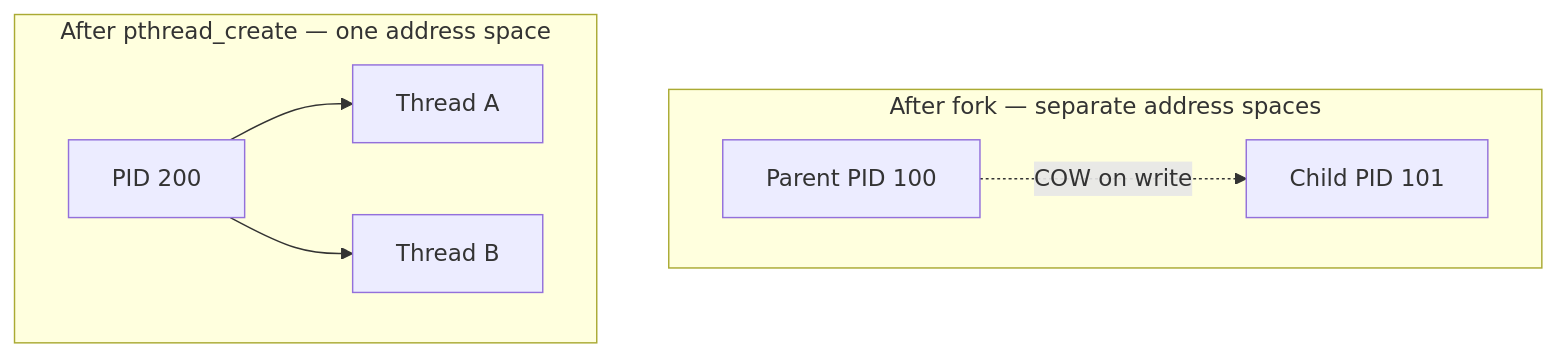
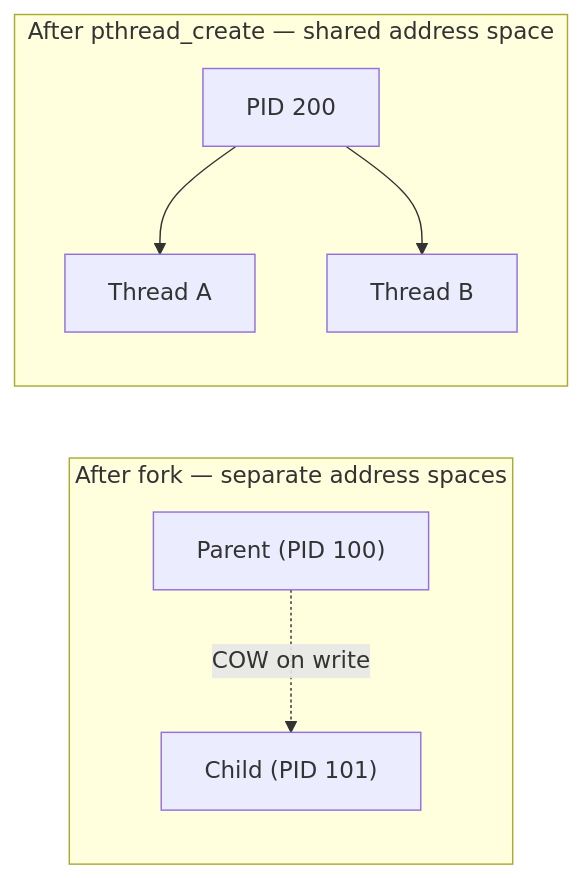
One commit to Harshnath628/MD2PDF changed the fifth of 6 diagrams in Misc/OS_Practical_4_Process_and_Thread_Management.md. Above: the diagram before and after it, drawn with Mermaid. The commit also changed other lines of this file and 8070 other files, not shown here.

Commit message:
Stable_version_after_mermaid

````diff
--- a/Misc/OS_Practical_4_Process_and_Thread_Management.md
+++ b/Misc/OS_Practical_4_Process_and_Thread_Management.md
@@ -303,13 +237,15 @@
 ```mermaid
-flowchart TB
-    subgraph fork_model[After fork — separate address spaces]
-        P[Parent PID 100]
-        C[Child PID 101]
-        P -.->|COW on write| C
+flowchart LR
+    subgraph fork_model["After fork — separate address spaces"]
+        parentNode["Parent (PID 100)"]
+        childNode["Child (PID 101)"]
+        parentNode -.->|"COW on write"| childNode
     end
-    subgraph thread_model[After pthread_create — one address space]
-        ONE[PID 200]
-        ONE --> TA[Thread A]
-        ONE --> TB[Thread B]
+    subgraph thread_model["After pthread_create — shared address space"]
+        pidNode["PID 200"]
+        threadA["Thread A"]
+        threadB["Thread B"]
+        pidNode --> threadA
+        pidNode --> threadB
     end
 ```
````
